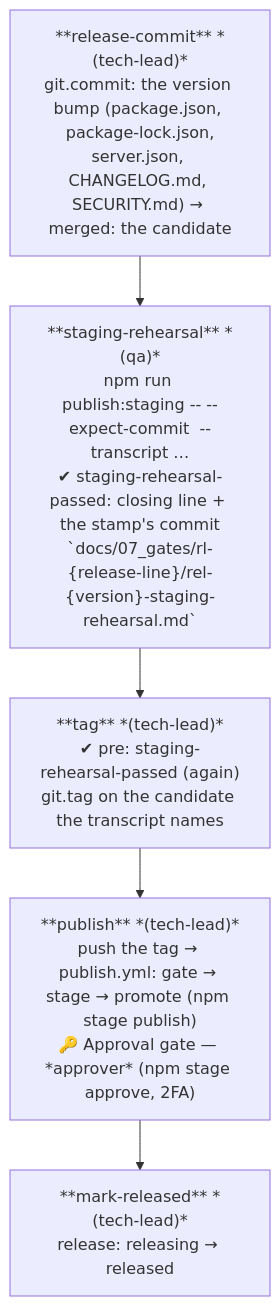
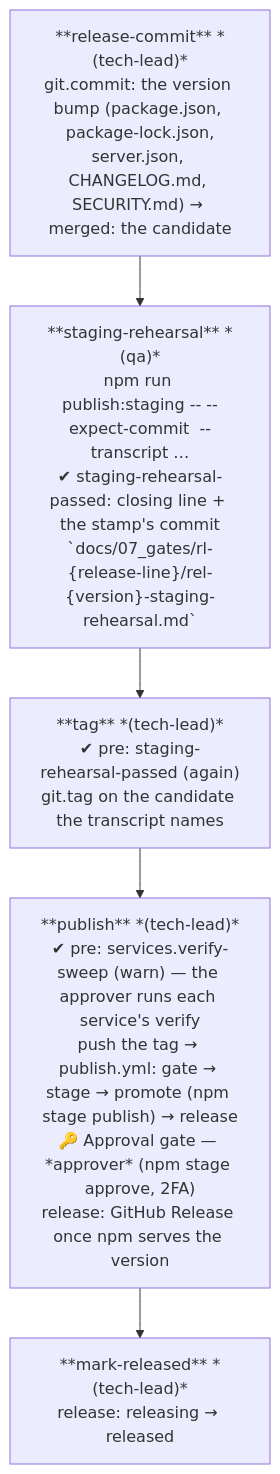
Before and after one commit to wingfoil/wingfoil: diagram 14 of 28 in .wingfoil/WORKFLOW.md, drawn with Mermaid. The commit also changed 9 other files, not shown here.

First line of the commit message:
feat(publish): task-229 — GitHub Release once npm serves the version; service verify sweep before publishing

````diff
--- a/.wingfoil/WORKFLOW.md
+++ b/.wingfoil/WORKFLOW.md
@@ -355,10 +355,10 @@
 ```mermaid
 flowchart TD
     RC["**release-commit** *(tech-lead)*\ngit.commit: the version bump (package.json, package-lock.json,\nserver.json, CHANGELOG.md, SECURITY.md) → merged: the candidate"]
     SR["**staging-rehearsal** *(qa)*\nnpm run publish:staging -- --expect-commit <candidate> --transcript …\n✔ staging-rehearsal-passed: closing line + the stamp's commit\n`docs/07_gates/rl-{release-line}/rel-{version}-staging-rehearsal.md`"]
     TG["**tag** *(tech-lead)*\n✔ pre: staging-rehearsal-passed (again)\ngit.tag on the candidate the transcript names"]
-    PB["**publish** *(tech-lead)*\npush the tag → publish.yml: gate → stage → promote (npm stage publish)\n🔑 Approval gate — *approver* (npm stage approve, 2FA)"]
+    PB["**publish** *(tech-lead)*\n✔ pre: services.verify-sweep (warn) — the approver runs each service's verify\npush the tag → publish.yml: gate → stage → promote (npm stage publish) → release\n🔑 Approval gate — *approver* (npm stage approve, 2FA)\nrelease: GitHub Release once npm serves the version"]
     MR["**mark-released** *(tech-lead)*\nrelease: releasing → released"]
 
     RC --> SR --> TG --> PB --> MR
 ```
````
